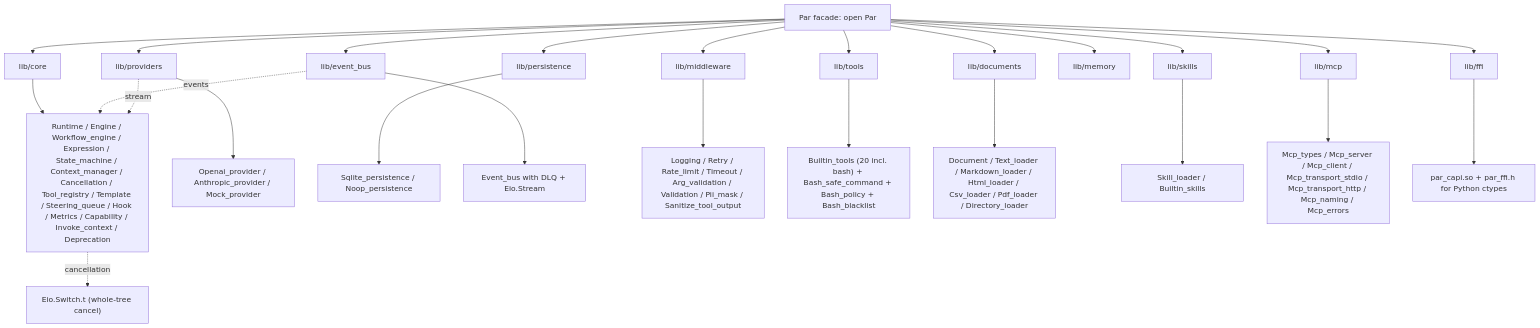
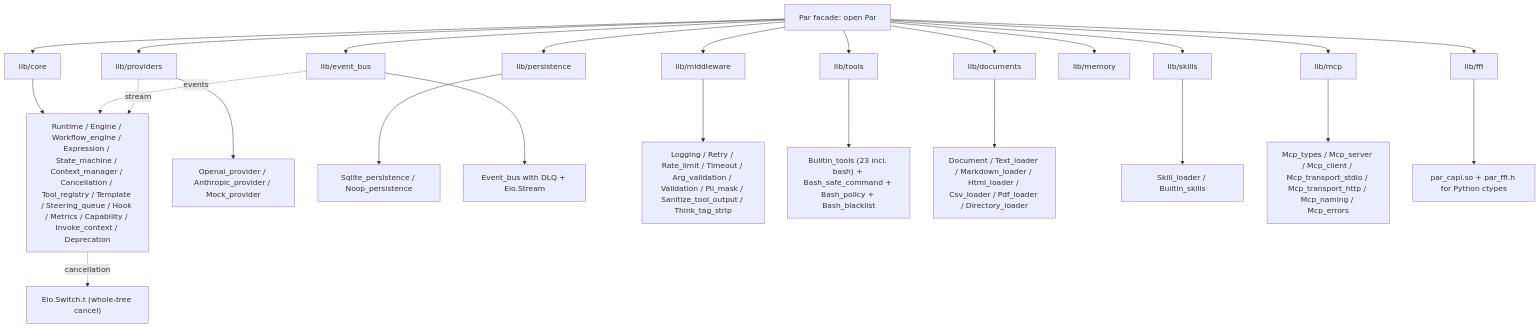
The diagram in docs/sdk/overview.md (jcz2020/par), drawn with Mermaid before and after one commit. The commit also changed other lines of this file and 7 other files, not shown here.

````diff
--- a/docs/sdk/overview.md
+++ b/docs/sdk/overview.md
@@ -25,28 +25,28 @@
 ```mermaid
 graph TD
   P["Par facade: open Par"]
   P --> CORE["lib/core"]
   P --> PROV["lib/providers"]
   P --> PERS["lib/persistence"]
   P --> EVB["lib/event_bus"]
   P --> MID["lib/middleware"]
   P --> TOOL["lib/tools"]
   P --> DOC["lib/documents"]
   P --> MEM["lib/memory"]
   P --> SKILL["lib/skills"]
   P --> MCP["lib/mcp"]
   P --> FFI["lib/ffi"]
   CORE --> RT["Runtime / Engine / Workflow_engine / Expression / State_machine / Context_manager / Cancellation / Tool_registry / Template / Steering_queue / Hook / Metrics / Capability / Invoke_context / Deprecation"]
   PROV --> PROV_API["Openai_provider / Anthropic_provider / Mock_provider"]
   PERS --> PERS_API["Sqlite_persistence / Noop_persistence"]
   EVB --> EVB_API["Event_bus with DLQ + Eio.Stream"]
-  MID --> MID_API["Logging / Retry / Rate_limit / Timeout / Arg_validation / Validation / Pii_mask / Sanitize_tool_output"]
-  TOOL --> TOOL_API["Builtin_tools (20 incl. bash) + Bash_safe_command + Bash_policy + Bash_blacklist"]
+  MID --> MID_API["Logging / Retry / Rate_limit / Timeout / Arg_validation / Validation / Pii_mask / Sanitize_tool_output / Think_tag_strip"]
+  TOOL --> TOOL_API["Builtin_tools (23 incl. bash) + Bash_safe_command + Bash_policy + Bash_blacklist"]
   DOC --> DOC_API["Document / Text_loader / Markdown_loader / Html_loader / Csv_loader / Pdf_loader / Directory_loader"]
   SKILL --> SKILL_API["Skill_loader / Builtin_skills"]
   MCP --> MCP_API["Mcp_types / Mcp_server / Mcp_client / Mcp_transport_stdio / Mcp_transport_http / Mcp_naming / Mcp_errors"]
   FFI --> FFI_API["par_capi.so + par_ffi.h for Python ctypes"]
   RT -.cancellation.-> EIO["Eio.Switch.t (whole-tree cancel)"]
   EVB -.events.-> RT
   PROV -.stream.-> RT
 ```
````
